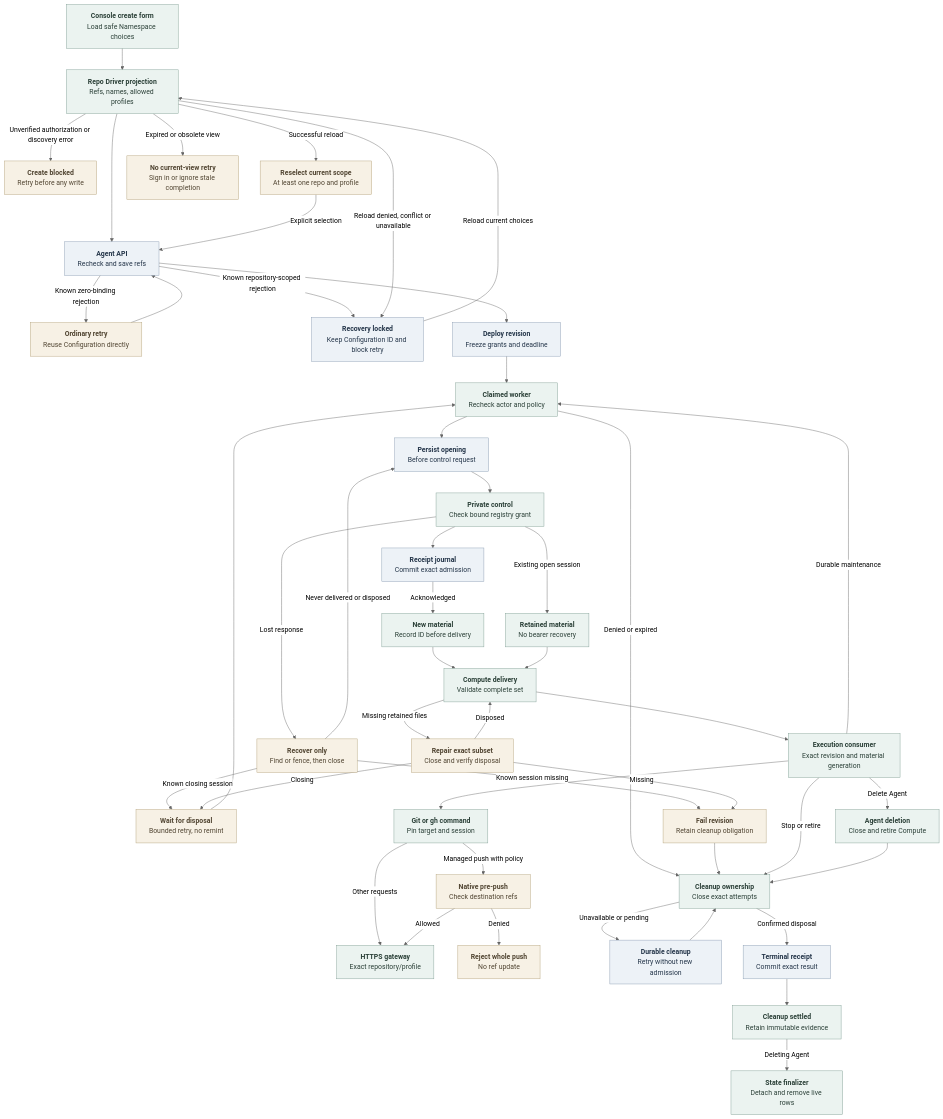
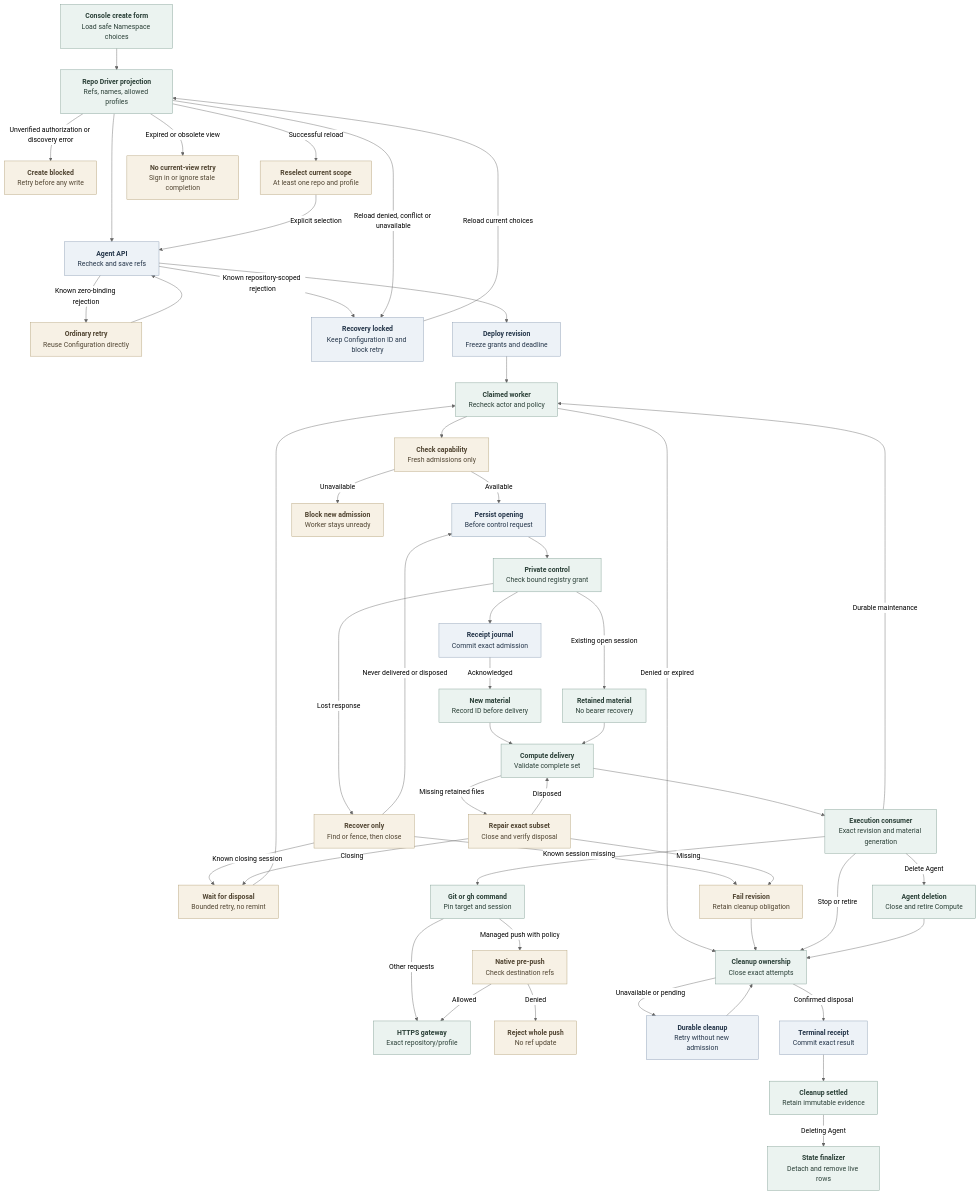
Before and after one commit to IsaiahStapleton/openclaw-enterprise: the diagram in docs/flows/agent-repository-credentials.md, drawn with Mermaid (neutral theme). The commit also changed other lines of this file and 16 other files, not shown here.

````diff
--- a/docs/flows/agent-repository-credentials.md
+++ b/docs/flows/agent-repository-credentials.md
@@ -33,56 +33,58 @@
 ```mermaid
 graph TD
   Console["<b>Console create form</b><br/>Load safe Namespace choices"] --> Options["<b>Repo Driver projection</b><br/>Refs, names, allowed profiles"]
   Options --> API["<b>Agent API</b><br/>Recheck and save refs"]
   Options -->|Unverified authorization or discovery error| CreateBlocked["<b>Create blocked</b><br/>Retry before any write"]
   API -->|Known zero-binding rejection| OrdinaryRetry["<b>Ordinary retry</b><br/>Reuse Configuration directly"]
   OrdinaryRetry --> API
   API -->|Known repository-scoped rejection| FormLocked["<b>Recovery locked</b><br/>Keep Configuration ID and block retry"]
   FormLocked -->|Reload current choices| Options
   Options -->|Successful reload| Reselect["<b>Reselect current scope</b><br/>At least one repo and profile"]
   Reselect -->|Explicit selection| API
   Options -->|Reload denied, conflict or unavailable| FormLocked
   Options -->|Expired or obsolete view| ViewStop["<b>No current-view retry</b><br/>Sign in or ignore stale completion"]
   API --> Revision["<b>Deploy revision</b><br/>Freeze grants and deadline"]
   Revision --> Worker["<b>Claimed worker</b><br/>Recheck actor and policy"]
   Worker -->|Denied or expired| Close["<b>Cleanup ownership</b><br/>Close exact attempts"]
-  Worker --> Attempt["<b>Persist opening</b><br/>Before control request"]
+  Worker --> Capability["<b>Check capability</b><br/>Fresh admissions only"]
+  Capability -->|Available| Attempt["<b>Persist opening</b><br/>Before control request"]
+  Capability -->|Unavailable| Blocked["<b>Block new admission</b><br/>Worker stays unready"]
   Attempt --> Service["<b>Private control</b><br/>Check bound registry grant"]
   Service --> Receipt["<b>Receipt journal</b><br/>Commit exact admission"]
   Receipt -->|Acknowledged| New["<b>New material</b><br/>Record ID before delivery"]
   Service -->|Existing open session| Retained["<b>Retained material</b><br/>No bearer recovery"]
   Service -->|Lost response| Recover["<b>Recover only</b><br/>Find or fence, then close"]
   Recover -->|Never delivered or disposed| Attempt
   Recover -->|Known closing session| Wait["<b>Wait for disposal</b><br/>Bounded retry, no remint"]
   Wait --> Worker
   Recover -->|Known session missing| Refuse["<b>Fail revision</b><br/>Retain cleanup obligation"]
   New --> Compute["<b>Compute delivery</b><br/>Validate complete set"]
   Retained --> Compute
   Compute -->|Missing retained files| Repair["<b>Repair exact subset</b><br/>Close and verify disposal"]
   Repair -->|Disposed| Compute
   Repair -->|Closing| Wait
   Repair -->|Missing| Refuse
   Refuse --> Close
   Compute --> Pod["<b>Execution consumer</b><br/>Exact revision and material generation"]
   Pod --> Command["<b>Git or gh command</b><br/>Pin target and session"]
   Command -->|Other requests| Gateway["<b>HTTPS gateway</b><br/>Exact repository/profile"]
   Command -->|Managed push with policy| PushRefs["<b>Native pre-push</b><br/>Check destination refs"]
   PushRefs -->|Allowed| Gateway
   PushRefs -->|Denied| PushDenied["<b>Reject whole push</b><br/>No ref update"]
   Pod -->|Durable maintenance| Worker
   Pod -->|Stop or retire| Close
   Close -->|Unavailable or pending| Queue["<b>Durable cleanup</b><br/>Retry without new admission"]
   Queue --> Close
   Close -->|Confirmed disposal| Terminal["<b>Terminal receipt</b><br/>Commit exact result"]
   Terminal --> Done["<b>Cleanup settled</b><br/>Retain immutable evidence"]
   Pod -->|Delete Agent| Delete["<b>Agent deletion</b><br/>Close and retire Compute"]
   Delete --> Close
   Done -->|Deleting Agent| Finalize["<b>State finalizer</b><br/>Detach and remove live rows"]
 
   classDef state fill:#EDF2F7,stroke:#879AB0,color:#25364A,stroke-width:1px
   classDef operation fill:#EBF3F0,stroke:#7F9D93,color:#2B4038,stroke-width:1px
   classDef condition fill:#F7F1E5,stroke:#B3A078,color:#514532,stroke-width:1px
   class API,Revision,Attempt,Queue,FormLocked,Receipt,Terminal state
   class Console,Options,Worker,Service,New,Retained,Compute,Pod,Command,Gateway,Close,Done,Delete,Finalize operation
-  class Recover,Repair,Refuse,Wait,ViewStop,CreateBlocked,OrdinaryRetry,Reselect,PushRefs,PushDenied condition
+  class Recover,Repair,Refuse,Wait,ViewStop,CreateBlocked,OrdinaryRetry,Reselect,PushRefs,PushDenied,Capability,Blocked condition
 ```
````
